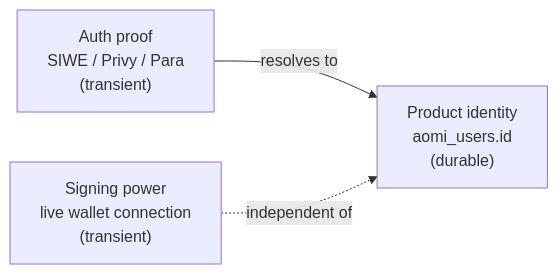
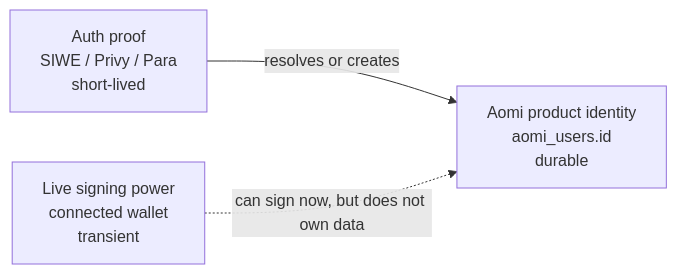
The first of 8 diagrams in specs/WIDGET-AUTH-PLAN.md (aomi-labs/aomi-widget), drawn with Mermaid before and after one commit. The commit also changed other lines of this file and 48 other files, not shown here.

````diff
--- a/specs/WIDGET-AUTH-PLAN.md
+++ b/specs/WIDGET-AUTH-PLAN.md
@@ -51,8 +41,9 @@
 ```mermaid
 flowchart LR
-  A["Auth proof<br/>SIWE / Privy / Para<br/>(transient)"]
-  I["Product identity<br/>aomi_users.id<br/>(durable)"]
-  S["Signing power<br/>live wallet connection<br/>(transient)"]
-  A -->|resolves to| I
-  S -.->|independent of| I
+  Proof["Auth proof<br/>SIWE / Privy / Para<br/>short-lived"]
+  User["Aomi product identity<br/>aomi_users.id<br/>durable"]
+  Signer["Live signing power<br/>connected wallet<br/>transient"]
+
+  Proof -->|"resolves or creates"| User
+  Signer -.->|"can sign now, but does not own data"| User
 ```
````
